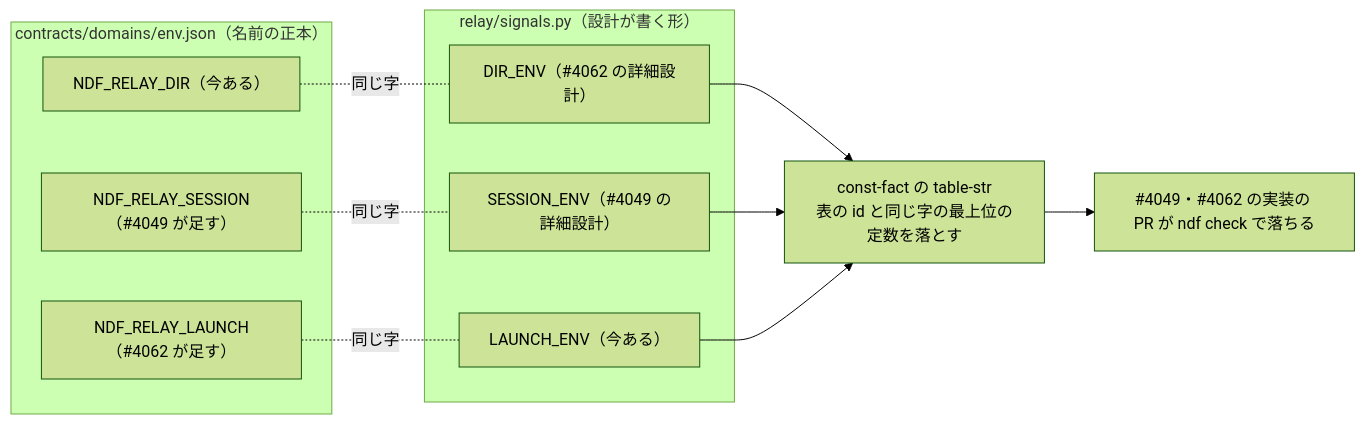
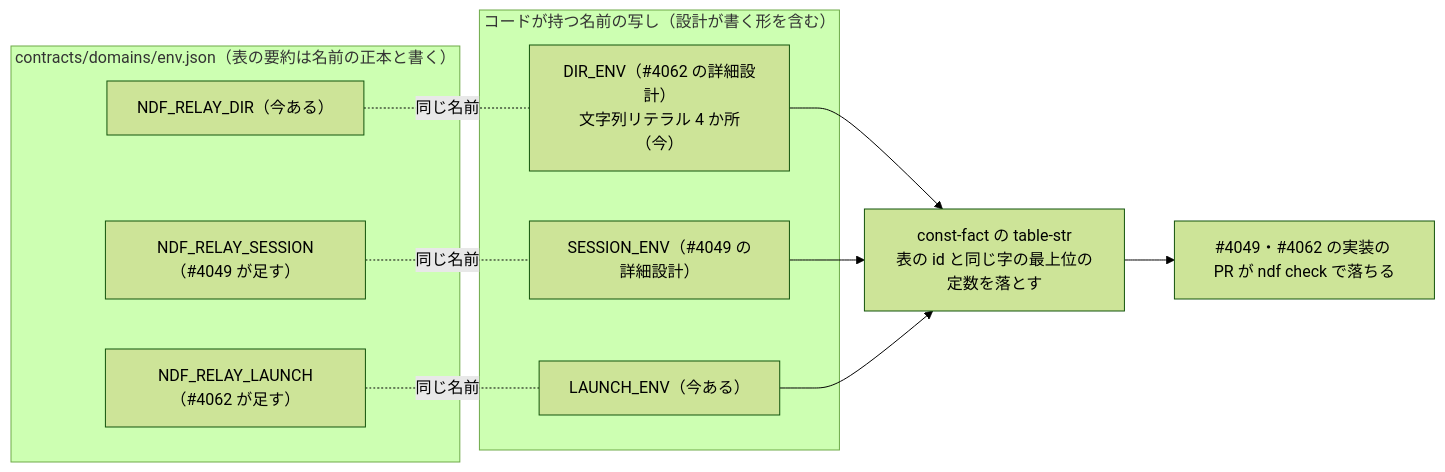
Before and after one commit to devbasex/ai-plugins: the first of 2 diagrams in issues/issue-4126-design.md, drawn with Mermaid (forest theme). The commit also changed other lines of this file and 2 other files, not shown here.

````diff
--- a/issues/issue-4126-design.md
+++ b/issues/issue-4126-design.md
@@ -9,19 +9,19 @@
 ```mermaid
 flowchart LR
-  subgraph C["contracts/domains/env.json（名前の正本）"]
+  subgraph C["contracts/domains/env.json（表の要約は名前の正本と書く）"]
     R1["NDF_RELAY_DIR（今ある）"]
     R2["NDF_RELAY_SESSION（#4049 が足す）"]
     R3["NDF_RELAY_LAUNCH（#4062 が足す）"]
   end
-  subgraph S["relay/signals.py（設計が書く形）"]
-    K1["DIR_ENV（#4062 の詳細設計）"]
+  subgraph S["コードが持つ名前の写し（設計が書く形を含む）"]
+    K1["DIR_ENV（#4062 の詳細設計）<br>文字列リテラル 4 か所（今）"]
     K2["SESSION_ENV（#4049 の詳細設計）"]
     K3["LAUNCH_ENV（今ある）"]
   end
   F["const-fact の table-str<br>表の id と同じ字の最上位の定数を落とす"]
-  R1 -. 同じ字 .- K1
-  R2 -. 同じ字 .- K2
-  R3 -. 同じ字 .- K3
+  R1 -. 同じ名前 .- K1
+  R2 -. 同じ名前 .- K2
+  R3 -. 同じ名前 .- K3
   K1 & K2 & K3 --> F
   F --> X["#4049・#4062 の実装の PR が ndf check で落ちる"]
 ```
````
